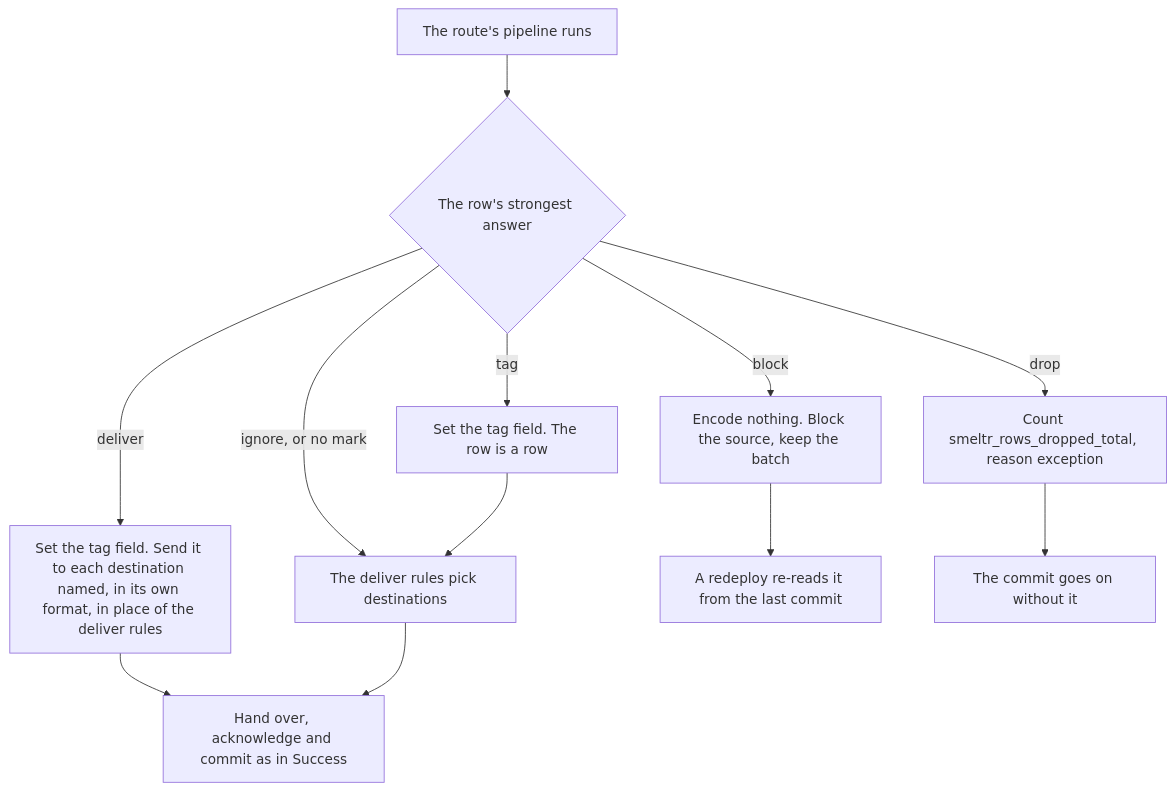
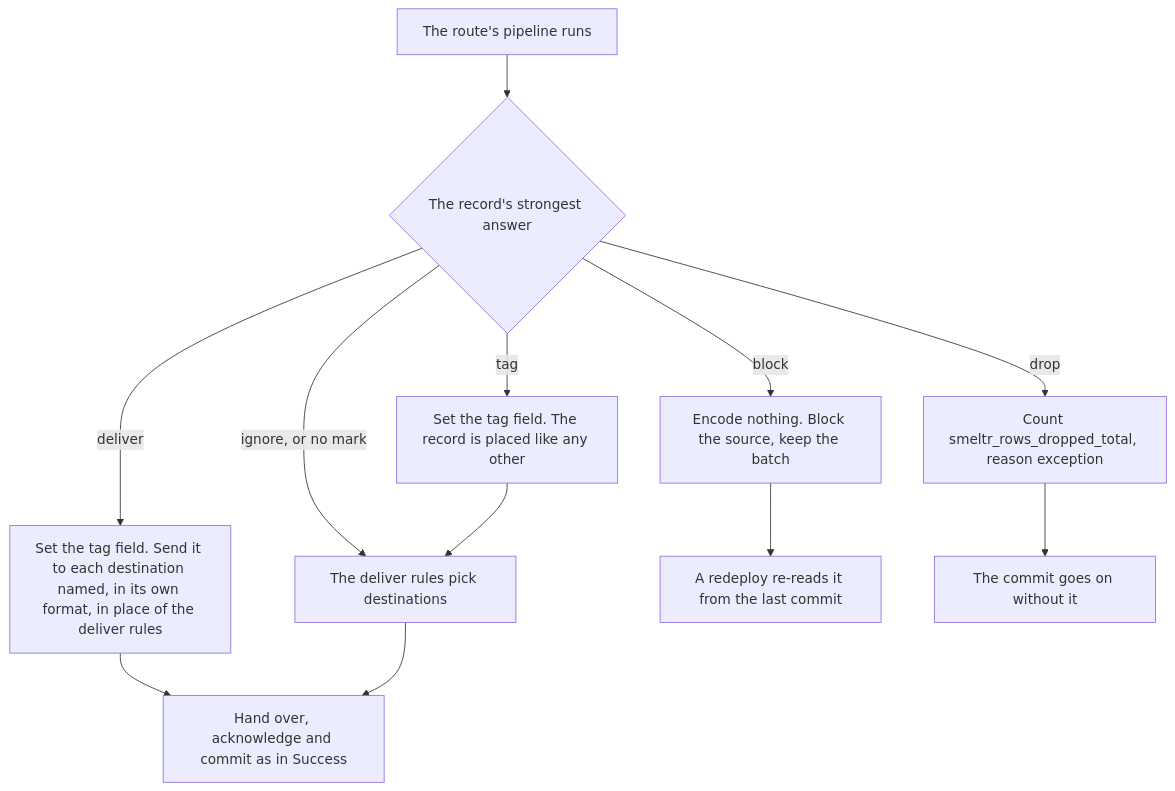
The third of 6 diagrams in docs/data-paths.md (smeltr-sh/smeltr), drawn with Mermaid before and after one commit. The commit also changed other lines of this file and 16 other files, not shown here.

First line of the commit message:
docs: record, not row, where docs/ means what is processed or sent (#1017)

````diff
--- a/docs/data-paths.md
+++ b/docs/data-paths.md
@@ -89,14 +89,14 @@
 ```mermaid
 flowchart TD
-  A["The route's pipeline runs"] --> B{"The row's strongest answer"}
+  A["The route's pipeline runs"] --> B{"The record's strongest answer"}
   B -- "ignore, or no mark" --> N["The deliver rules pick destinations"]
-  B -- tag --> T["Set the tag field. The row is a row"]
+  B -- tag --> T["Set the tag field. The record is placed like any other"]
   T --> N
   B -- drop --> D["Count smeltr_rows_dropped_total, reason exception"]
   B -- deliver --> V["Set the tag field. Send it to each destination named, in its own format, in place of the deliver rules"]
   V --> X
   B -- block --> Q["Encode nothing. Block the source, keep the batch"]
   Q --> R["A redeploy re-reads it from the last commit"]
   N --> X["Hand over, acknowledge and commit as in Success"]
   D --> X2["The commit goes on without it"]
 ```
````
